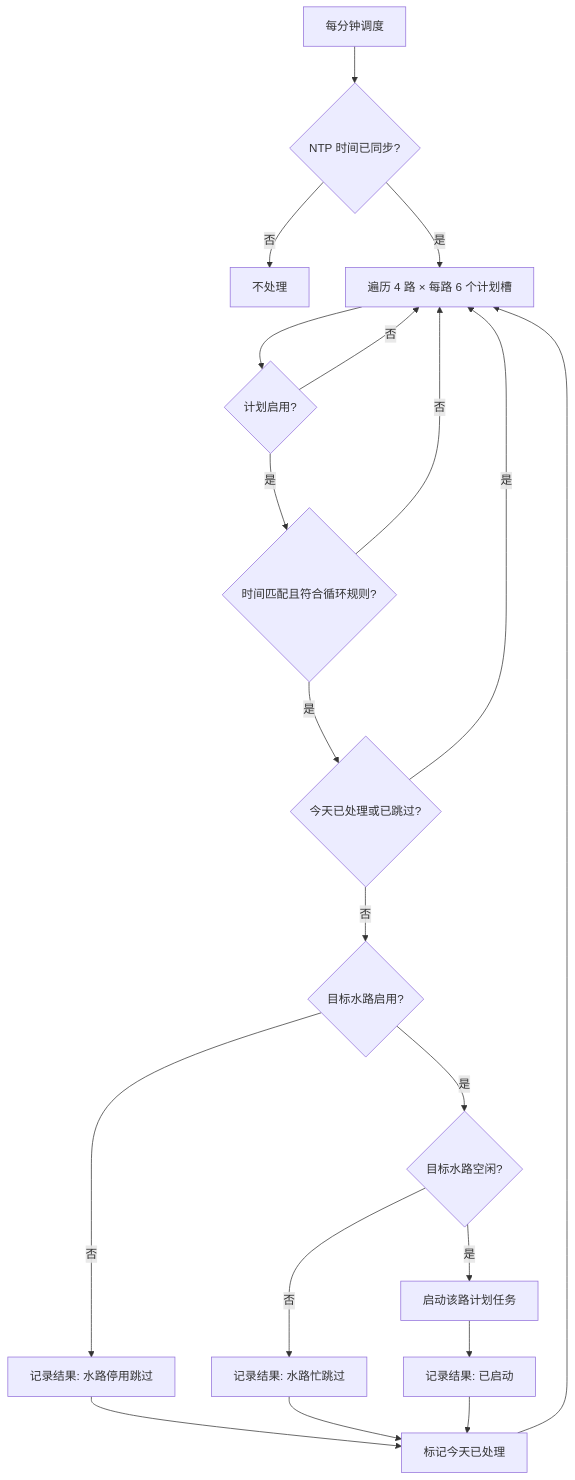
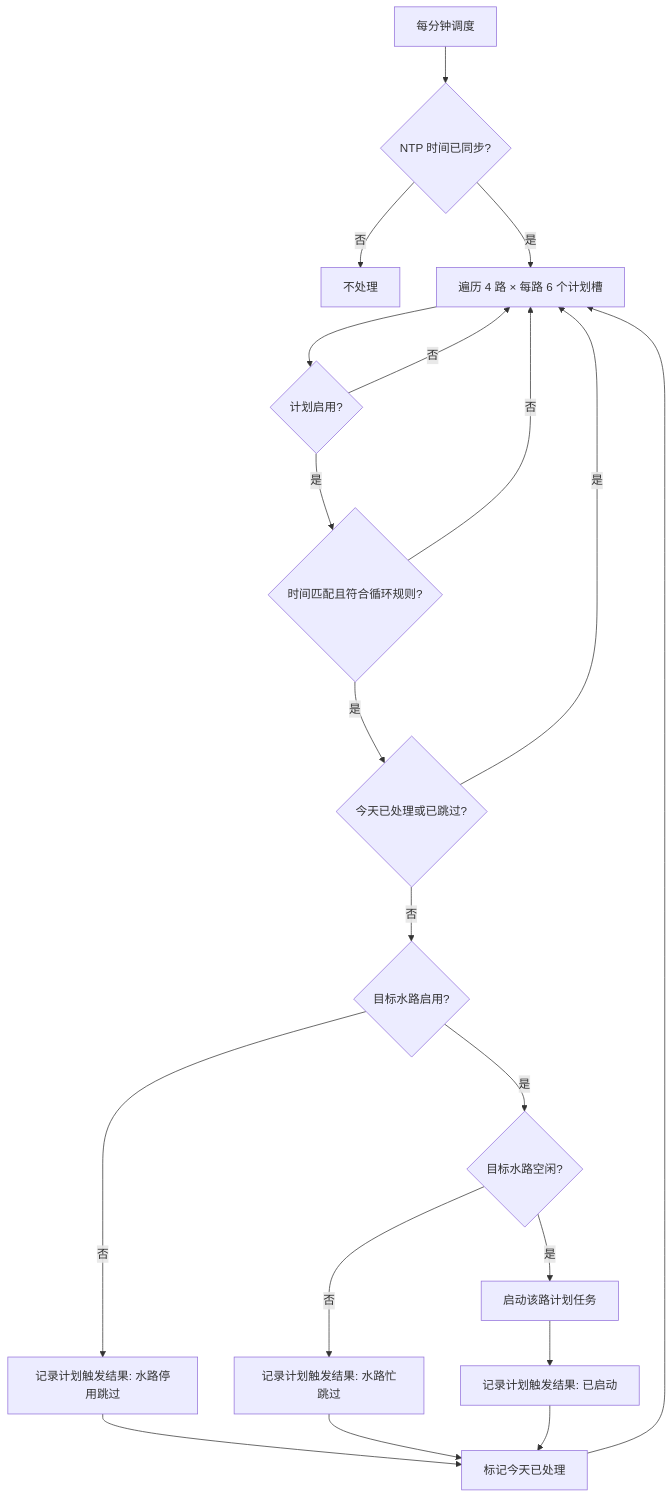
One commit to tangyangguang/Esp32_Irrigation changed the third of 6 diagrams in 灌溉系统核心逻辑说明.md. Above: the diagram before and after it, drawn with Mermaid. The commit also changed other lines of this file, not shown here.

````diff
--- a/灌溉系统核心逻辑说明.md
+++ b/灌溉系统核心逻辑说明.md
@@ -220,22 +220,22 @@
 ```mermaid
 flowchart TD
     A["每分钟调度"] --> B{"NTP 时间已同步?"}
     B -- 否 --> Z["不处理"]
     B -- 是 --> C["遍历 4 路 × 每路 6 个计划槽"]
     C --> D{"计划启用?"}
     D -- 否 --> C
     D -- 是 --> E{"时间匹配且符合循环规则?"}
     E -- 否 --> C
     E -- 是 --> F{"今天已处理或已跳过?"}
     F -- 是 --> C
     F -- 否 --> G{"目标水路启用?"}
-    G -- 否 --> R["记录结果: 水路停用跳过"]
+    G -- 否 --> R["记录计划触发结果: 水路停用跳过"]
     G -- 是 --> H{"目标水路空闲?"}
-    H -- 否 --> S["记录结果: 水路忙跳过"]
+    H -- 否 --> S["记录计划触发结果: 水路忙跳过"]
     H -- 是 --> I["启动该路计划任务"]
-    I --> J["记录结果: 已启动"]
+    I --> J["记录计划触发结果: 已启动"]
     R --> K["标记今天已处理"]
     S --> K
     J --> K
     K --> C
 ```
````
